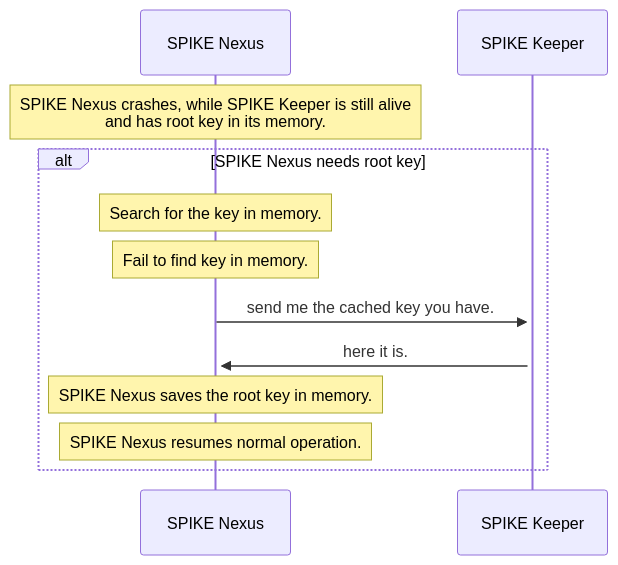
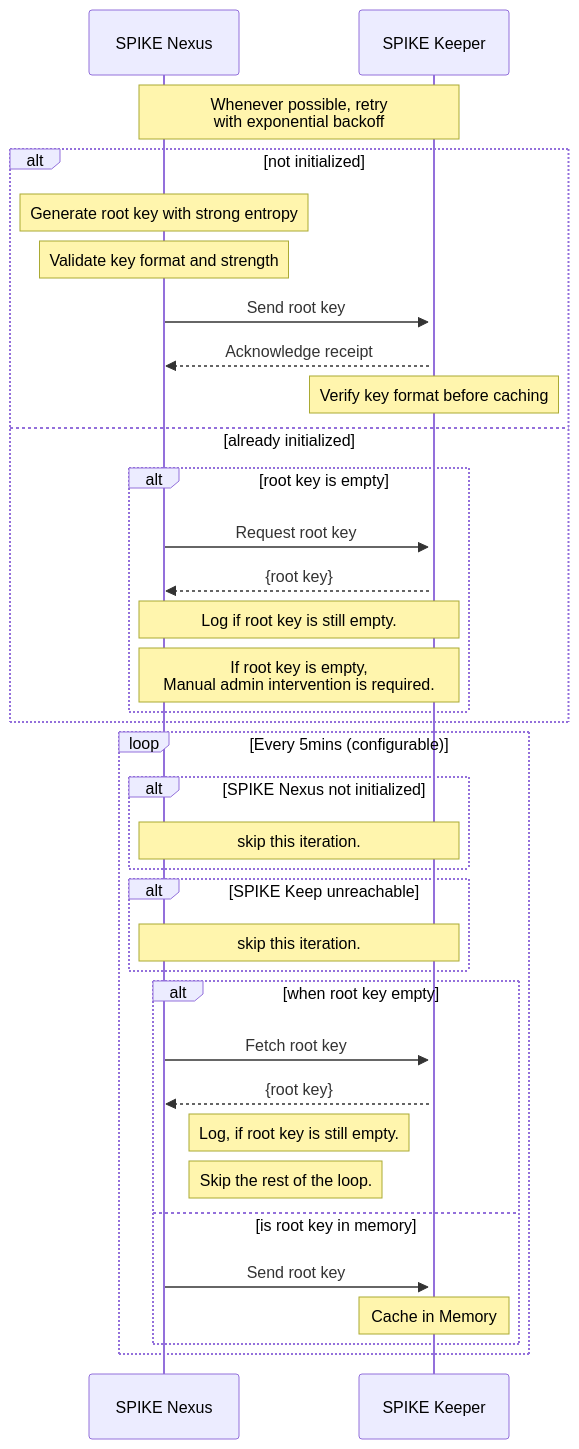
One commit to zerotohero-dev/spike changed the fourth of 6 diagrams in ARCHITECTURE.md. Above: the diagram before and after it, drawn with Mermaid. The commit also changed other lines of this file and 1 other file, not shown here.

Commit message:
Update sequence diagrams Signed-off-by: Volkan Özçelik <me@volkan.io>

````diff
--- a/ARCHITECTURE.md
+++ b/ARCHITECTURE.md
@@ -294,19 +300,45 @@
 ```mermaid
 sequenceDiagram
-    Note over N: SPIKE Nexus crashes, while SPIKE Keeper is still alive<br>and has root key in its memory.
+    Note over N,K: Whenever possible, retry<br>with exponential backoff
 
     participant N as SPIKE Nexus
     participant K as SPIKE Keeper
+    alt not initialized
+        Note over N: Generate root key with strong entropy
+        Note over N: Validate key format and strength
 
-    alt SPIKE Nexus needs root key
-        Note over N: Search for the key in memory.
-        Note over N: Fail to find key in memory.
+        N->>+K: Send root key 
+        K-->>N: Acknowledge receipt
 
-        N->>+K: send me the cached key you have.
+        Note over K: Verify key format before caching        
+    else already initialized
+        alt root key is empty
+            N->>+K: Request root key 
+            K-->>N: {root key}
+            Note over N,K: Log if root key is still empty.
+            Note over N,K: If root key is empty,<br>Manual admin intervention is required.
+        end
+    end
 
-        K->>+N: here it is.
+    loop Every 5mins (configurable)
+        alt SPIKE Nexus not initialized
+            Note over N,K: skip this iteration.
+        end
 
-        Note over N: SPIKE Nexus saves the root key in memory.
-        Note over N: SPIKE Nexus resumes normal operation.
+        alt SPIKE Keep unreachable
+            Note over N,K: skip this iteration.
+        end
+
+        alt when root key empty
+            N->>+K: Fetch root key 
+            K-->>N: {root key}
+
+            Note right of N: Log, if root key is still empty.
+            Note right of N: Skip the rest of the loop.
+        else is root key in memory
+            N->>+K: Send root key
+
+            Note over K: Cache in Memory
+        end
     end
 ```
````
